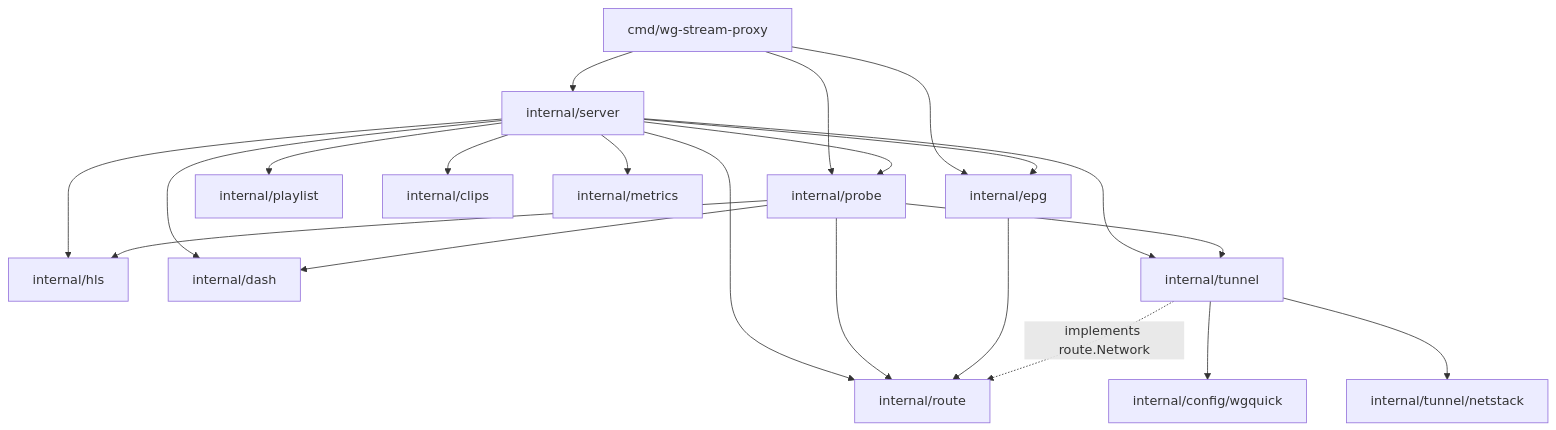
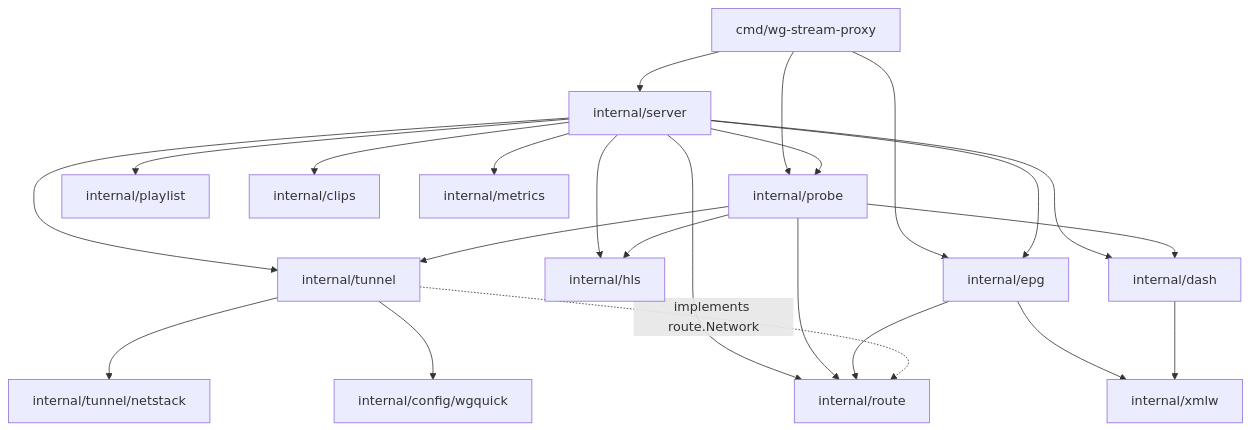
One commit to KingOfKalk/wg-stream-proxy changed the fifth of 5 diagrams in docs/architecture.md. Above: the diagram before and after it, drawn with Mermaid. The commit also changed other lines of this file and 16 other files, not shown here.

````diff
--- a/docs/architecture.md
+++ b/docs/architecture.md
@@ -201,12 +201,13 @@
 ```mermaid
 flowchart TD
     main["cmd/wg-stream-proxy"] --> server & probe & epg
     server["internal/server"] --> playlist["internal/playlist"] & clips["internal/clips"] & metrics["internal/metrics"]
     server --> hls["internal/hls"] & dash["internal/dash"]
     server --> probe["internal/probe"] & epg["internal/epg"]
     server --> route["internal/route"] & tunnel["internal/tunnel"]
     probe --> hls & dash & route & tunnel
-    epg --> route
+    epg --> route & xmlw["internal/xmlw"]
+    dash --> xmlw
     tunnel -. "implements route.Network" .-> route
     tunnel --> wgquick["internal/config/wgquick"] & netstack["internal/tunnel/netstack"]
 ```
````
